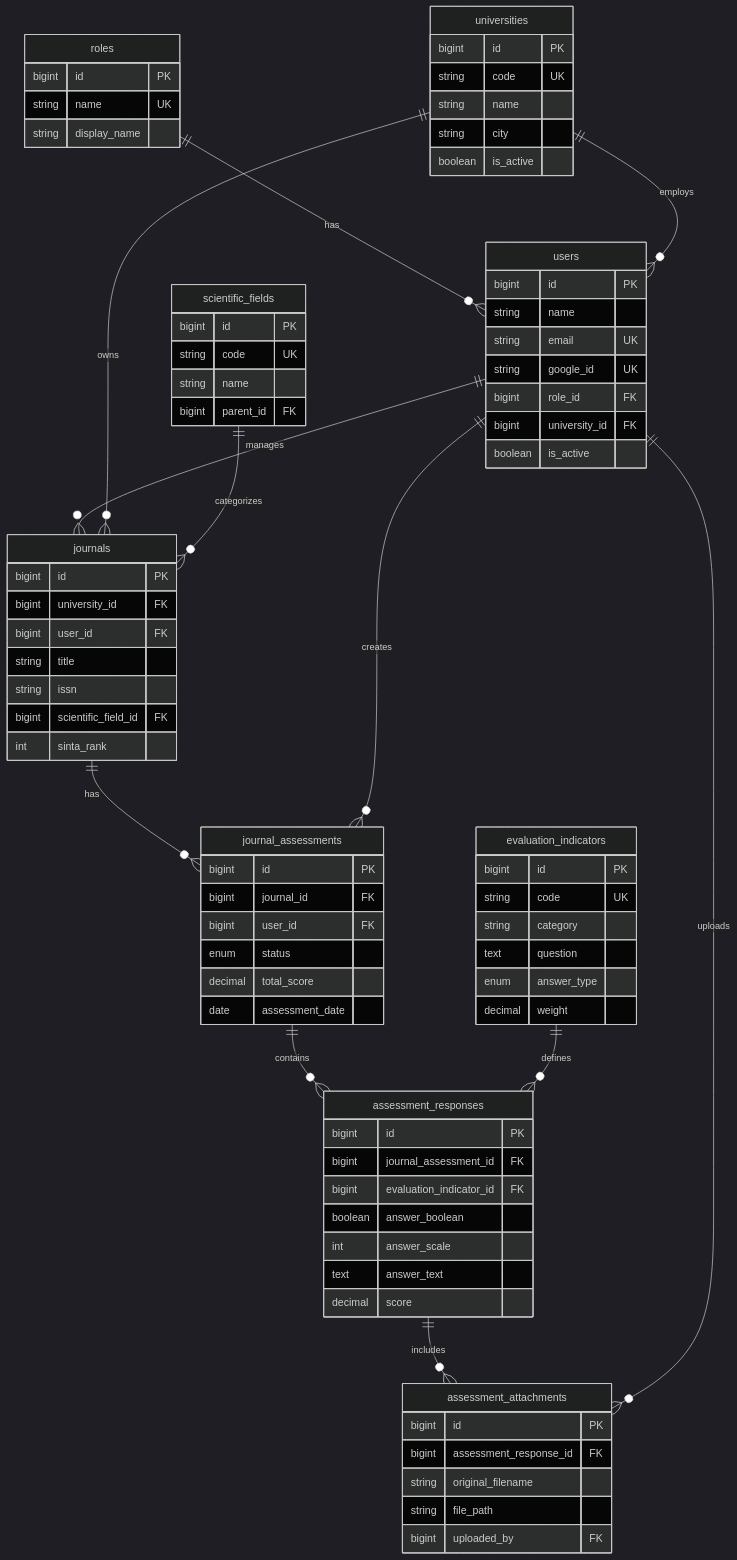
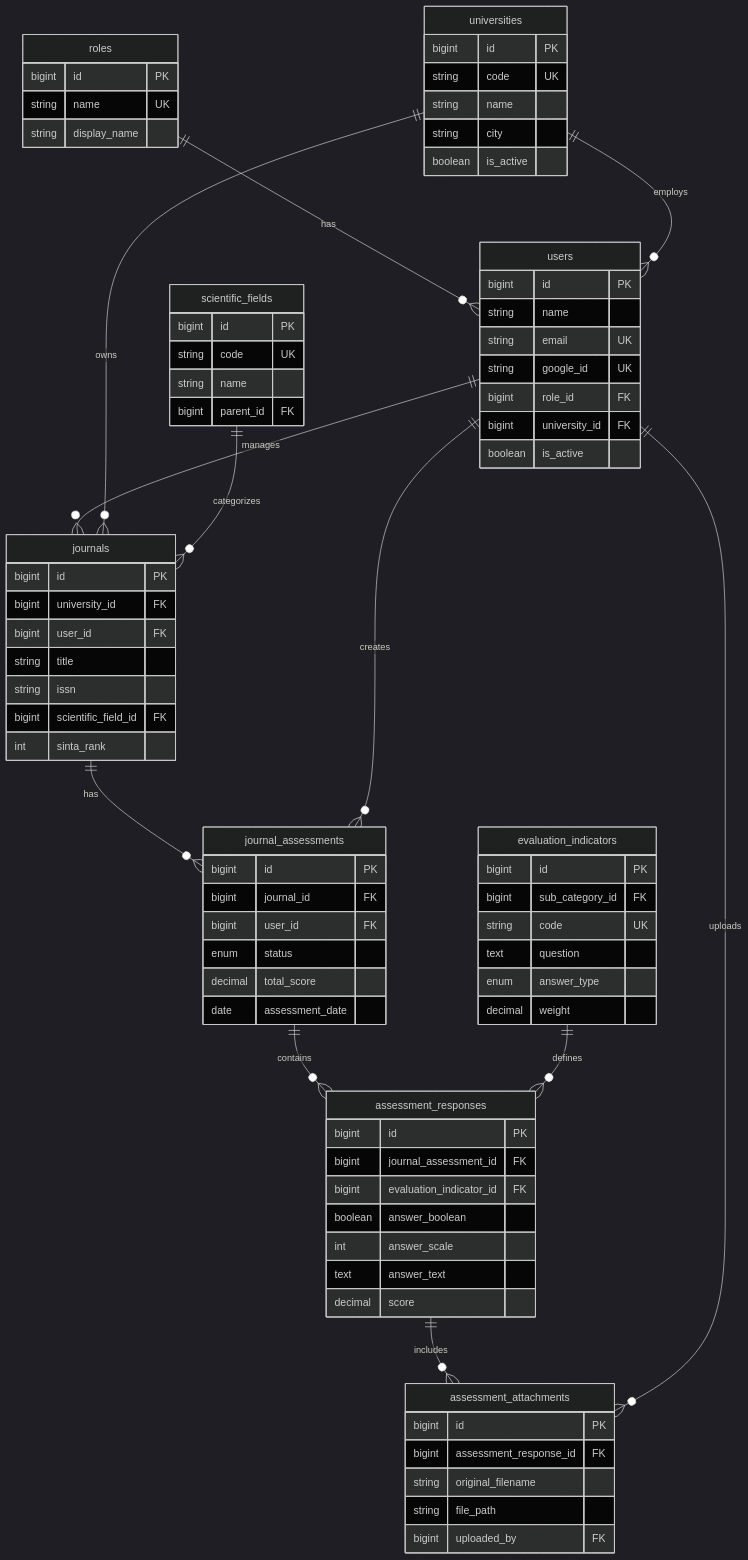
One commit to kyASse/jurnal_mu changed the first of 4 diagrams in docs/ERD Database.md. Above: the diagram before and after it, drawn with Mermaid (dark theme). The commit also changed other lines of this file and 98 other files, not shown here.

```diff
--- a/docs/ERD Database.md
+++ b/docs/ERD Database.md
@@ -583,8 +904,8 @@
 
     evaluation_indicators {
         bigint id PK
+        bigint sub_category_id FK
         string code UK
-        string category
         text question
         enum answer_type
         decimal weight
```
